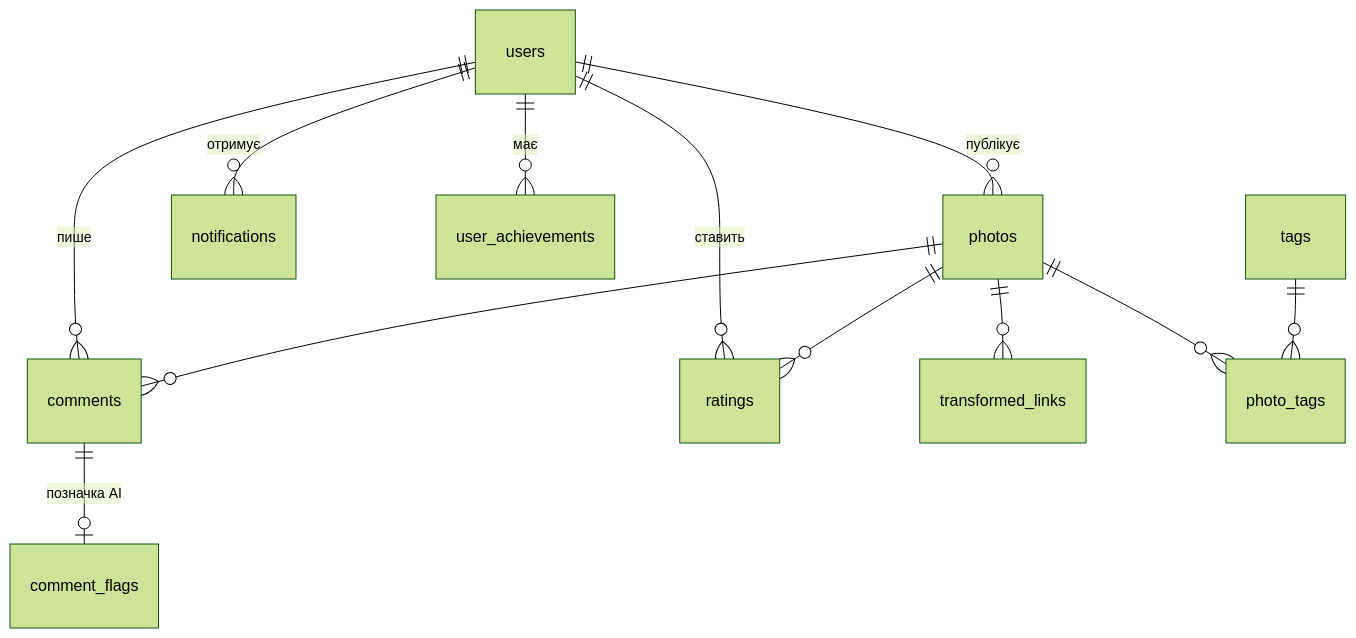
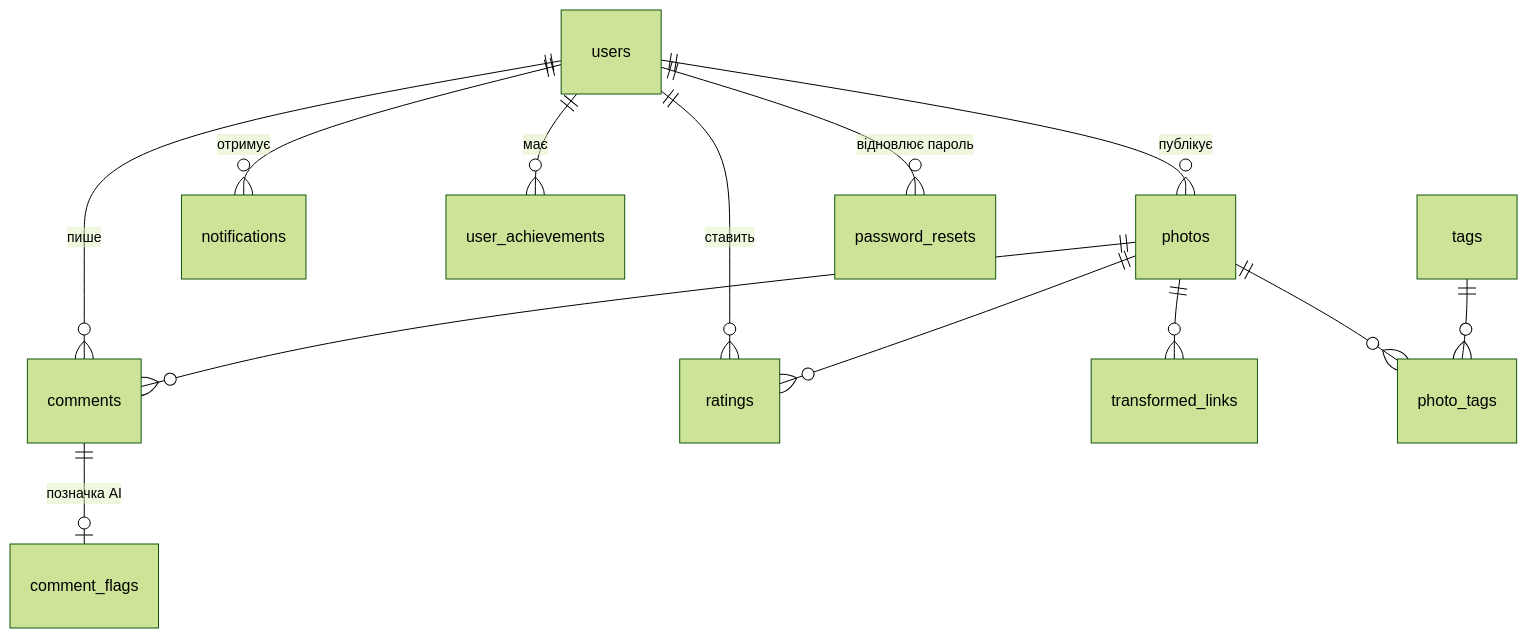
One commit to nikita-kotliar/photoShare changed the diagram in docs/DATA_MODEL.md. Above: the diagram before and after it, drawn with Mermaid (forest theme). The commit also changed other lines of this file and 6 other files, not shown here.

````diff
--- a/docs/DATA_MODEL.md
+++ b/docs/DATA_MODEL.md
@@ -7,14 +7,15 @@
 ```mermaid
 erDiagram
     users ||--o{ photos : "публікує"
     users ||--o{ comments : "пише"
     users ||--o{ ratings : "ставить"
     users ||--o{ notifications : "отримує"
     users ||--o{ user_achievements : "має"
     photos ||--o{ comments : ""
     photos ||--o{ ratings : ""
     photos ||--o{ transformed_links : ""
     photos ||--o{ photo_tags : ""
     tags ||--o{ photo_tags : ""
     comments ||--o| comment_flags : "позначка AI"
+    users ||--o{ password_resets : "відновлює пароль"
 ```
````
